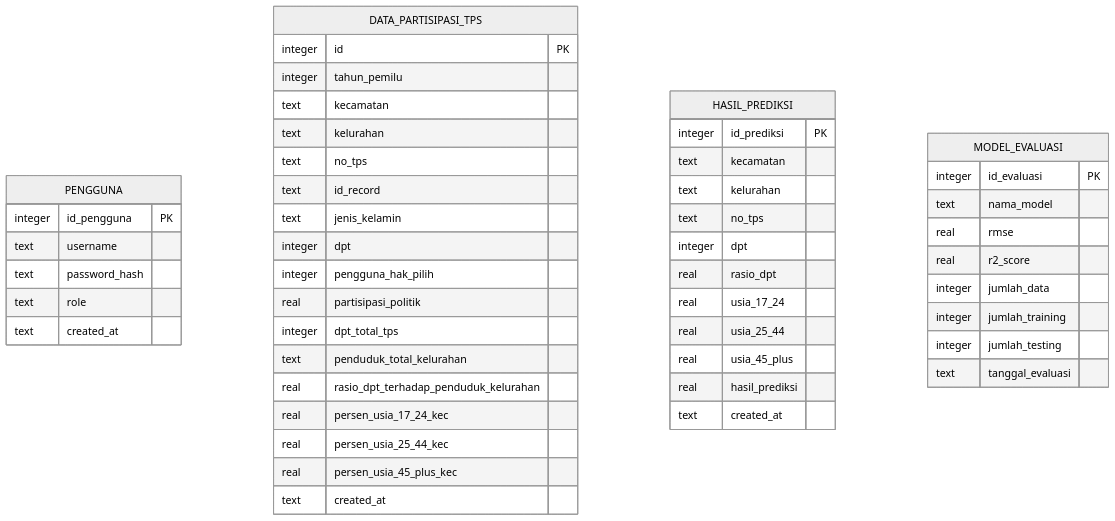
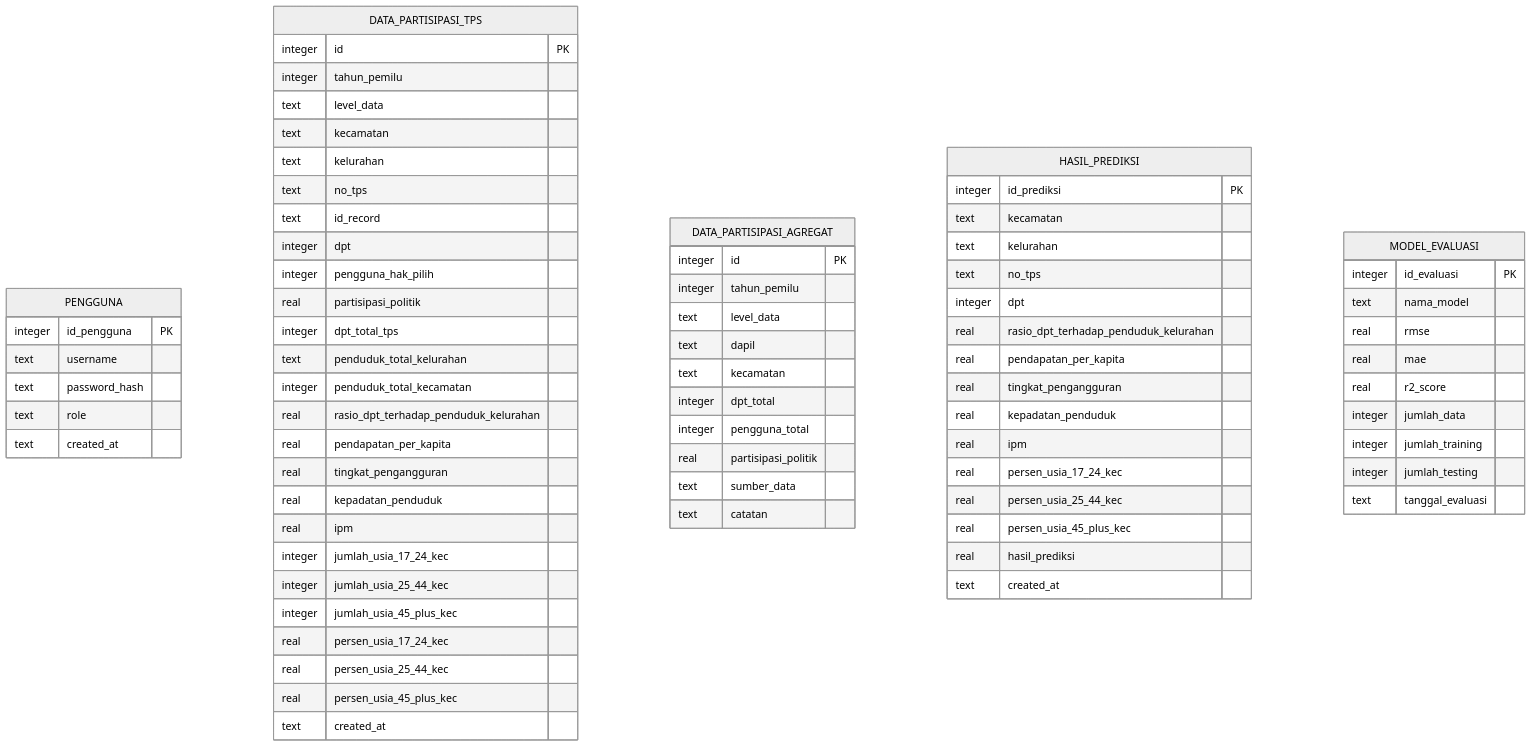
The diagram in docs/ERD.md (mhmmdo/polpart), drawn with Mermaid (neutral theme) before and after one commit. The commit also changed other lines of this file and 2 other files, not shown here.

Commit message:
Fix unique TPS count in dashboard and update docs/ERD.md and docs/RANCANGAN_DATABASE.md to remove jenis_kelamin

````diff
--- a/docs/ERD.md
+++ b/docs/ERD.md
@@ -5,55 +5,81 @@
 ```mermaid
 erDiagram
     PENGGUNA {
         integer id_pengguna PK
         text username
         text password_hash
         text role
         text created_at
     }
 
     DATA_PARTISIPASI_TPS {
         integer id PK
         integer tahun_pemilu
+        text level_data
         text kecamatan
         text kelurahan
         text no_tps
         text id_record
-        text jenis_kelamin
         integer dpt
         integer pengguna_hak_pilih
         real partisipasi_politik
         integer dpt_total_tps
         text penduduk_total_kelurahan
+        integer penduduk_total_kecamatan
         real rasio_dpt_terhadap_penduduk_kelurahan
+        real pendapatan_per_kapita
+        real tingkat_pengangguran
+        real kepadatan_penduduk
+        real ipm
+        integer jumlah_usia_17_24_kec
+        integer jumlah_usia_25_44_kec
+        integer jumlah_usia_45_plus_kec
         real persen_usia_17_24_kec
         real persen_usia_25_44_kec
         real persen_usia_45_plus_kec
         text created_at
+    }
+
+    DATA_PARTISIPASI_AGREGAT {
+        integer id PK
+        integer tahun_pemilu
+        text level_data
+        text dapil
+        text kecamatan
+        integer dpt_total
+        integer pengguna_total
+        real partisipasi_politik
+        text sumber_data
+        text catatan
     }
 
     HASIL_PREDIKSI {
         integer id_prediksi PK
         text kecamatan
         text kelurahan
         text no_tps
         integer dpt
-        real rasio_dpt
-        real usia_17_24
-        real usia_25_44
-        real usia_45_plus
+        real rasio_dpt_terhadap_penduduk_kelurahan
+        real pendapatan_per_kapita
+        real tingkat_pengangguran
+        real kepadatan_penduduk
+        real ipm
+        real persen_usia_17_24_kec
+        real persen_usia_25_44_kec
+        real persen_usia_45_plus_kec
         real hasil_prediksi
         text created_at
     }
 
     MODEL_EVALUASI {
         integer id_evaluasi PK
         text nama_model
         real rmse
+        real mae
         real r2_score
         integer jumlah_data
         integer jumlah_training
         integer jumlah_testing
         text tanggal_evaluasi
     }
 ```
````
